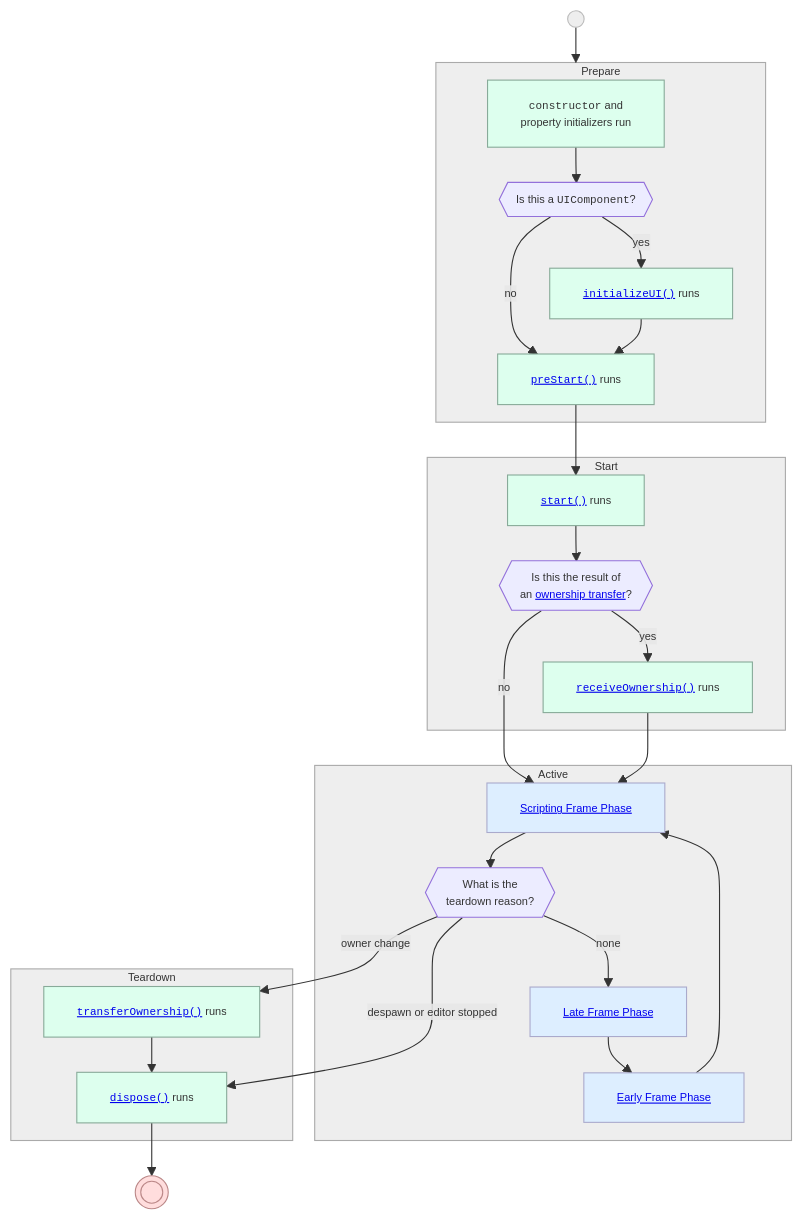
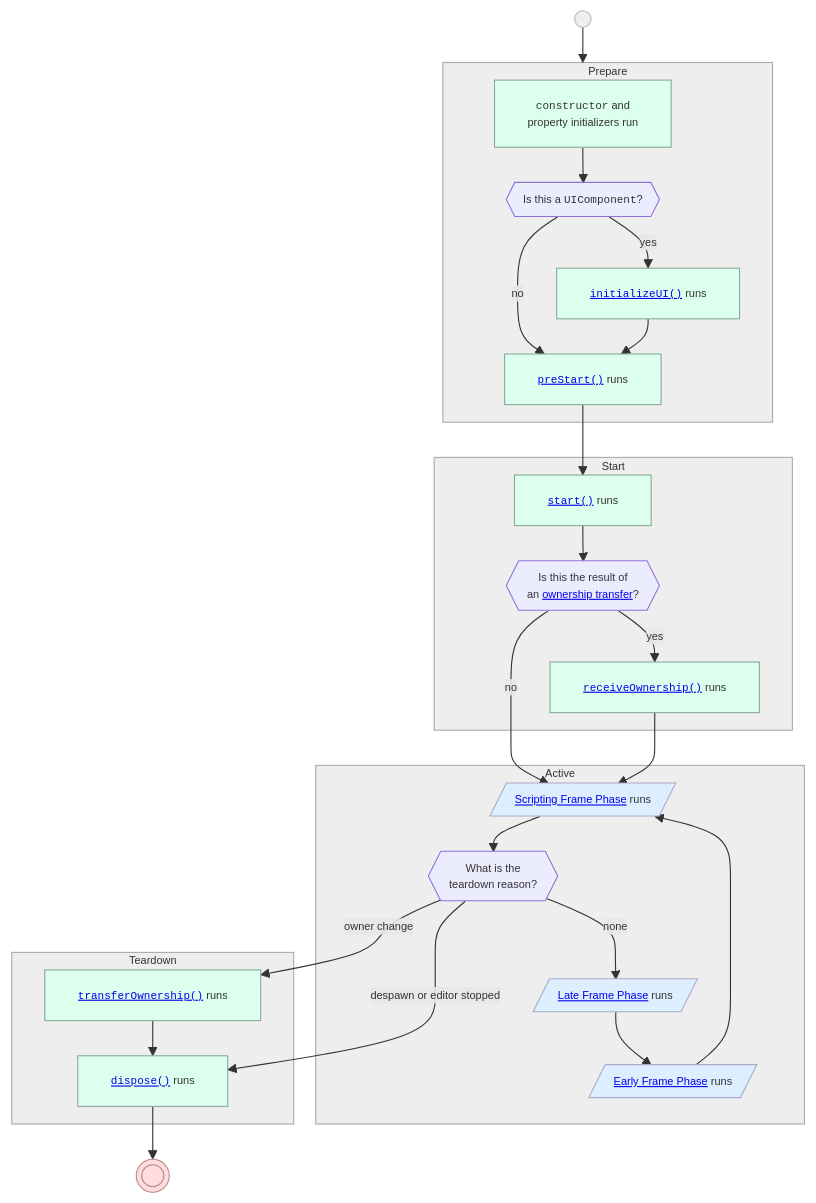
One commit to MHCPCreators/horizonCreatorManual changed the sixth of 11 diagrams in HorizonTechnicalDoc.md. Above: the diagram before and after it, drawn with Mermaid. The commit also changed other lines of this file, not shown here.

````diff
--- a/HorizonTechnicalDoc.md
+++ b/HorizonTechnicalDoc.md
@@ -2881,73 +2897,73 @@
 ```mermaid {align="center"}
 %%{init: {'themeVariables': {'fontSize': '10px'}, 'flowchart': {'nodeSpacing': '40', 'rankSpacing': '32'}}}%%
 flowchart TB
     subgraph Prepare
         New
         InitializeUI
         PreStart
 
         New --> IsUI{{Is this a <code style="background-color:#0000">UIComponent</code>?}}
         IsUI --"yes"--> InitializeUI
         IsUI --"no"--> PreStart
         InitializeUI --> PreStart
     end
 
     subgraph StartBlock [Start]
         Start
         ReceiveOwnership
 
         Start --> IsNewClient{{Is this the result of<br/>an <a href="#ownership-transfer">ownership transfer</a>?}}
         IsNewClient --"yes"--> ReceiveOwnership
     end
 
     subgraph Active
-        ScriptingPhase@{label: <a href="#scripting-frame-phase">Scripting Frame Phase</a>}
-        EarlyPhase@{label: <a href="#early-frame-phase">Early Frame Phase</a>}
-        LatePhase@{label: <a href="#late-frame-phase">Late Frame Phase</a>}
+        ScriptingPhase@{shape: lean-r, label: <a href="#scripting-frame-phase">Scripting Frame Phase</a> runs}
+        EarlyPhase@{shape: lean-r, label: <a href="#early-frame-phase">Early Frame Phase</a> runs}
+        LatePhase@{shape: lean-r, label: <a href="#late-frame-phase">Late Frame Phase</a> runs}
 
         EarlyPhase --> ScriptingPhase --> TeardownReason{{What is the<br/>teardown reason?}}
         TeardownReason --"none"--> LatePhase --> EarlyPhase
     end
 
     subgraph Teardown
         TransferOwnership --> Dispose@{ label: <a href="#component-lifecycle" style="font-family:monospace">dispose()</a> runs }
     end
 
     New@{ label: <code style="background-color:#0000">constructor</code> and<br/>property initializers run }
     InitializeUI@{ label: <a href="#uicomponent-class" style="font-family:monospace">initializeUI()</a> runs }
     PreStart@{ label: <a href="#component-lifecycle" style="font-family:monospace">preStart()</a> runs }
     Start@{ label: <a href="#component-lifecycle" style="font-family:monospace">start()</a> runs }
     ReceiveOwnership@{ label: <a href="#transferring-data-across-owners" style="font-family:monospace">receiveOwnership()</a> runs }
     TransferOwnership@{ label: <a href="#transferring-data-across-owners" style="font-family:monospace">transferOwnership()</a> runs }
 
 
     StartBlock@{ label: "Start" }
 
 Birth@{shape: circ, label: " "} --> Prepare
 PreStart --> Start
 IsNewClient --"no"--> ScriptingPhase
 ReceiveOwnership --> ScriptingPhase
 TeardownReason --"owner change"--> TransferOwnership
 TeardownReason --"despawn or editor stopped" --> Dispose
 Dispose --> Death@{shape: dbl-circ, label: " "}
 
 style Birth fill:#eee,stroke:#bbb
 style Death fill:#fdd,stroke:#b88
 
 style New fill:#dfe,stroke:#8a9
 style InitializeUI fill:#dfe,stroke:#8a9
 style PreStart fill:#dfe,stroke:#8a9
 style Start fill:#dfe,stroke:#8a9
 style ReceiveOwnership fill:#dfe,stroke:#8a9
 style TransferOwnership fill:#dfe,stroke:#8a9
 style Dispose fill:#dfe,stroke:#8a9
 
 style Prepare fill:#eee,stroke:#aaa
 style StartBlock fill:#eee,stroke:#aaa
 style Active fill:#eee,stroke:#aaa
 style Teardown fill:#eee,stroke:#aaa
 
 style ScriptingPhase fill:#def,stroke:#aac
 style LatePhase fill:#def,stroke:#aac
 style EarlyPhase fill:#def,stroke:#aac
 ```
````
